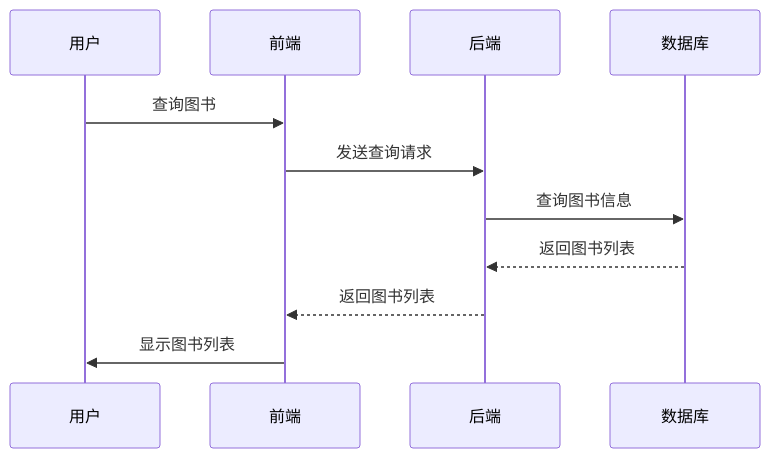
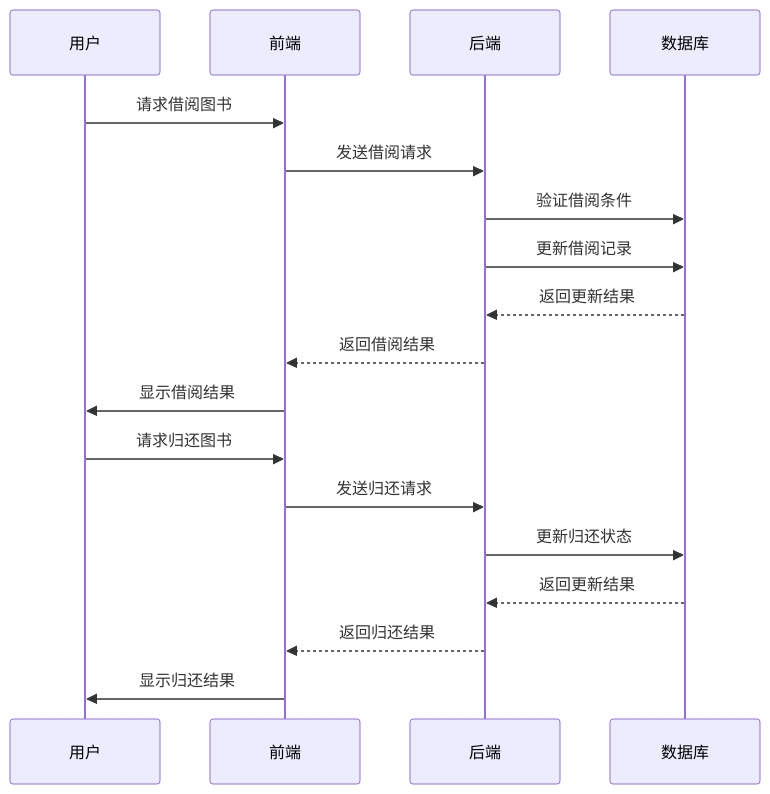
One commit to qianlong520/iodraw-files changed the diagram in all/未命名-3.md. Above: the diagram before and after it, drawn with Mermaid.

Commit message:
2024-11-04 14:00:56 update

````diff
--- a/all/未命名-3.md
+++ b/all/未命名-3.md
@@ -1,14 +1,22 @@
 ```mermaid
 sequenceDiagram
-    participant 用户
-    participant 前端
-    participant 后端
-    participant 数据库
+  participant 用户
+  participant 前端
+  participant 后端
+  participant 数据库
 
-    用户->>前端: 查询图书
-    前端->>后端: 发送查询请求
-    后端->>数据库: 查询图书信息
-    数据库-->>后端: 返回图书列表
-    后端-->>前端: 返回图书列表
-    前端->>用户: 显示图书列表
+  用户->>前端: 请求借阅图书
+  前端->>后端: 发送借阅请求
+  后端->>数据库: 验证借阅条件
+  后端->>数据库: 更新借阅记录
+  数据库-->>后端: 返回更新结果
+  后端-->>前端: 返回借阅结果
+  前端->>用户: 显示借阅结果
+
+  用户->>前端: 请求归还图书
+  前端->>后端: 发送归还请求
+  后端->>数据库: 更新归还状态
+  数据库-->>后端: 返回更新结果
+  后端-->>前端: 返回归还结果
+  前端->>用户: 显示归还结果
 ```
````
